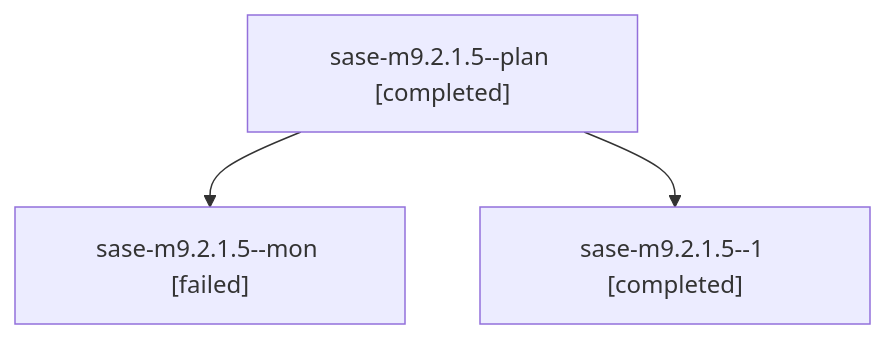
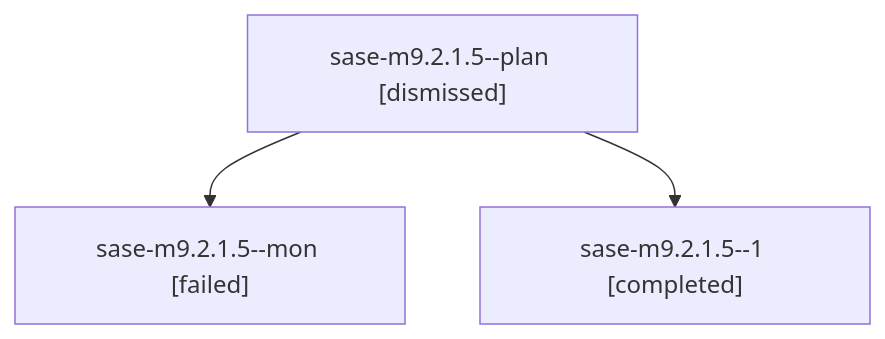
The diagram in families/bbugyi200.athena.sase-m9.2.1.5.md (sase-org/sase--agents), drawn with Mermaid before and after one commit. The commit also changed other lines of this file and 216 other files, not shown here.

````diff
--- a/families/bbugyi200.athena.sase-m9.2.1.5.md
+++ b/families/bbugyi200.athena.sase-m9.2.1.5.md
@@ -9,8 +9,8 @@
 ```mermaid
 flowchart TD
-  n0["sase-m9.2.1.5--plan [completed]"]
+  n0["sase-m9.2.1.5--plan [dismissed]"]
   n1["sase-m9.2.1.5--mon [failed]"]
   n0 --> n1
   n2["sase-m9.2.1.5--1 [completed]"]
   n0 --> n2
 ```
````
